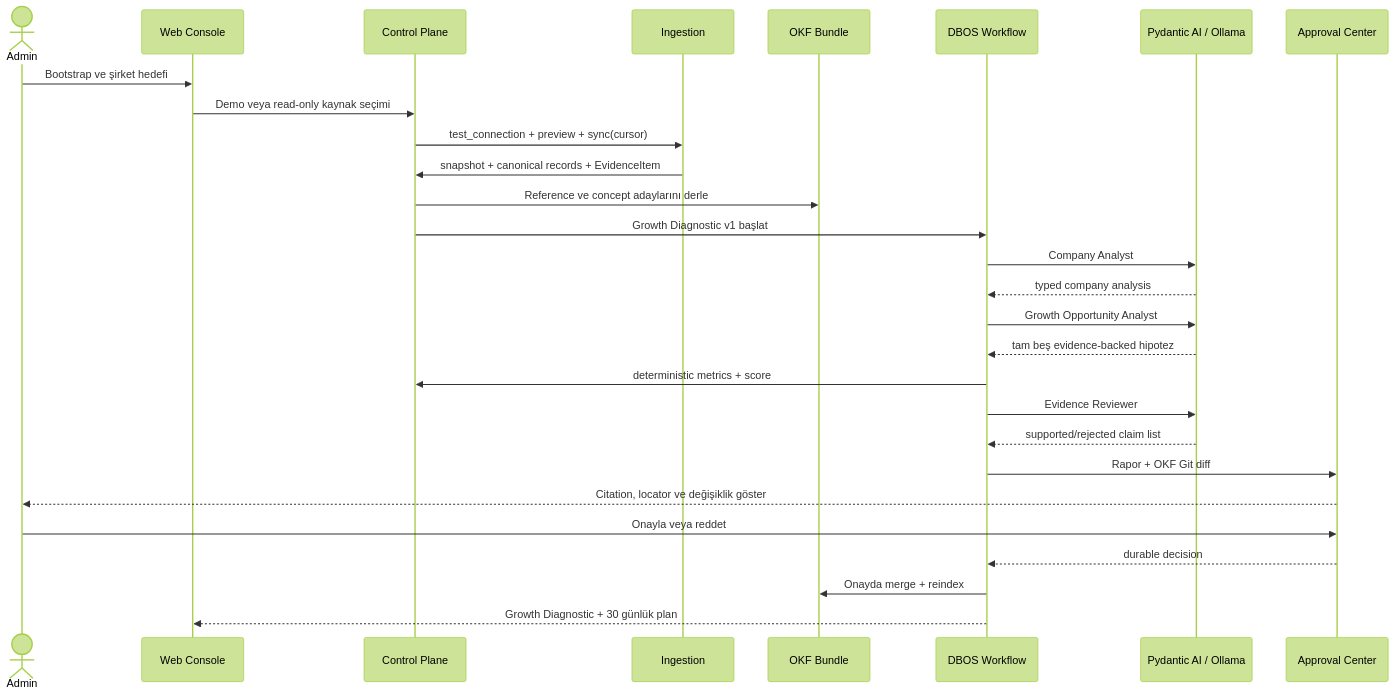
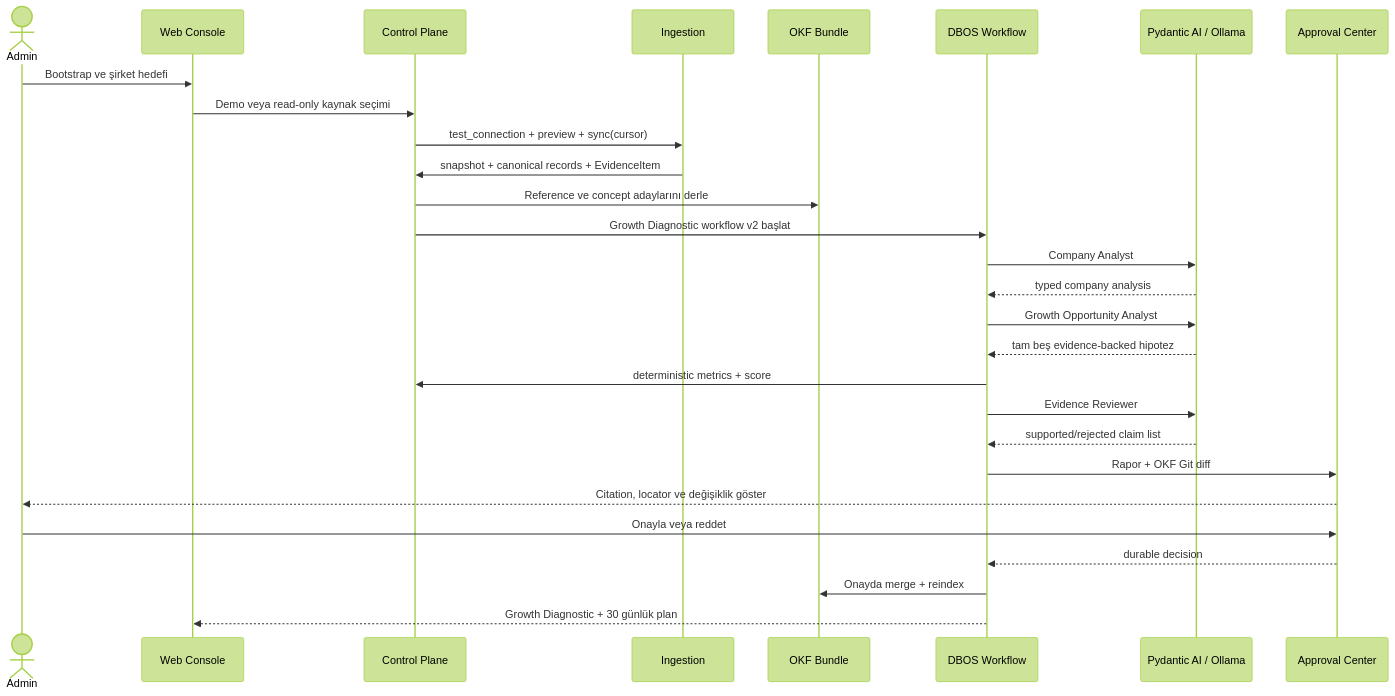
Before and after one commit to beratolmez/agenstfer-agi: the second of 6 diagrams in docs/PROJECT_ARCHITECTURE.md, drawn with Mermaid (forest theme). The commit also changed other lines of this file and 33 other files, not shown here.

````diff
--- a/docs/PROJECT_ARCHITECTURE.md
+++ b/docs/PROJECT_ARCHITECTURE.md
@@ -112,31 +112,31 @@
 ```mermaid
 sequenceDiagram
     actor Admin
     participant UI as Web Console
     participant CP as Control Plane
     participant ING as Ingestion
     participant OKF as OKF Bundle
     participant WF as DBOS Workflow
     participant AI as Pydantic AI / Ollama
     participant APR as Approval Center
 
     Admin->>UI: Bootstrap ve şirket hedefi
     UI->>CP: Demo veya read-only kaynak seçimi
     CP->>ING: test_connection + preview + sync(cursor)
     ING->>CP: snapshot + canonical records + EvidenceItem
     CP->>OKF: Reference ve concept adaylarını derle
-    CP->>WF: Growth Diagnostic v1 başlat
+    CP->>WF: Growth Diagnostic workflow v2 başlat
     WF->>AI: Company Analyst
     AI-->>WF: typed company analysis
     WF->>AI: Growth Opportunity Analyst
     AI-->>WF: tam beş evidence-backed hipotez
     WF->>CP: deterministic metrics + score
     WF->>AI: Evidence Reviewer
     AI-->>WF: supported/rejected claim list
     WF->>APR: Rapor + OKF Git diff
     APR-->>Admin: Citation, locator ve değişiklik göster
     Admin->>APR: Onayla veya reddet
     APR-->>WF: durable decision
     WF->>OKF: Onayda merge + reindex
     WF-->>UI: Growth Diagnostic + 30 günlük plan
 ```
````
